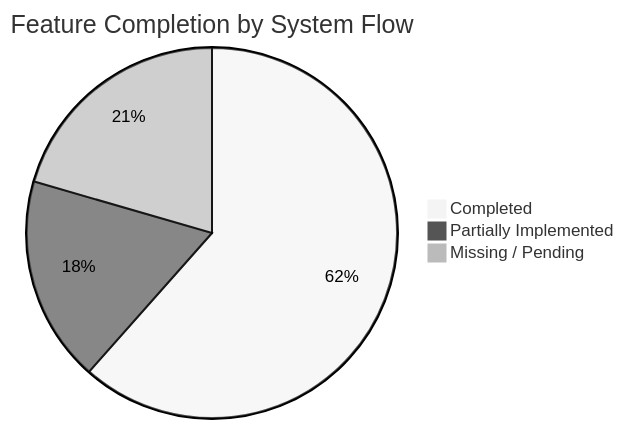
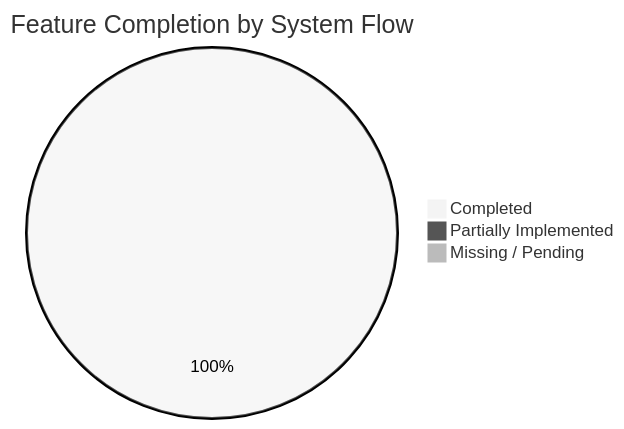
The diagram in docs/project_progress_checklist.md (Vinclarse/E_Clearance_Dnsc), drawn with Mermaid (neutral theme) before and after one commit. The commit also changed other lines of this file and 1 other file, not shown here.

````diff
--- a/docs/project_progress_checklist.md
+++ b/docs/project_progress_checklist.md
@@ -11,6 +11,6 @@
 ```mermaid
 pie title Feature Completion by System Flow
-    "Completed" : 24
-    "Partially Implemented" : 7
-    "Missing / Pending" : 8
+    "Completed" : 39
+    "Partially Implemented" : 0
+    "Missing / Pending" : 0
 ```
````
